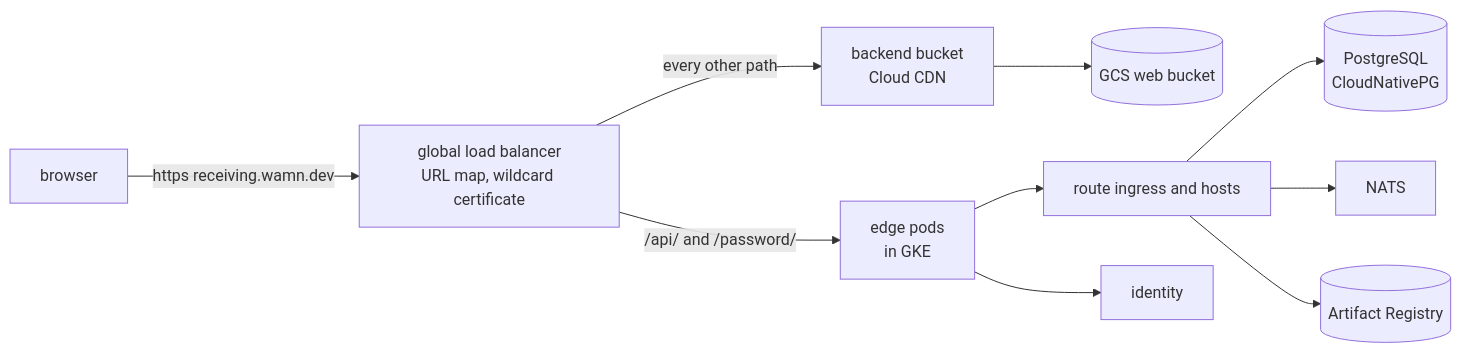
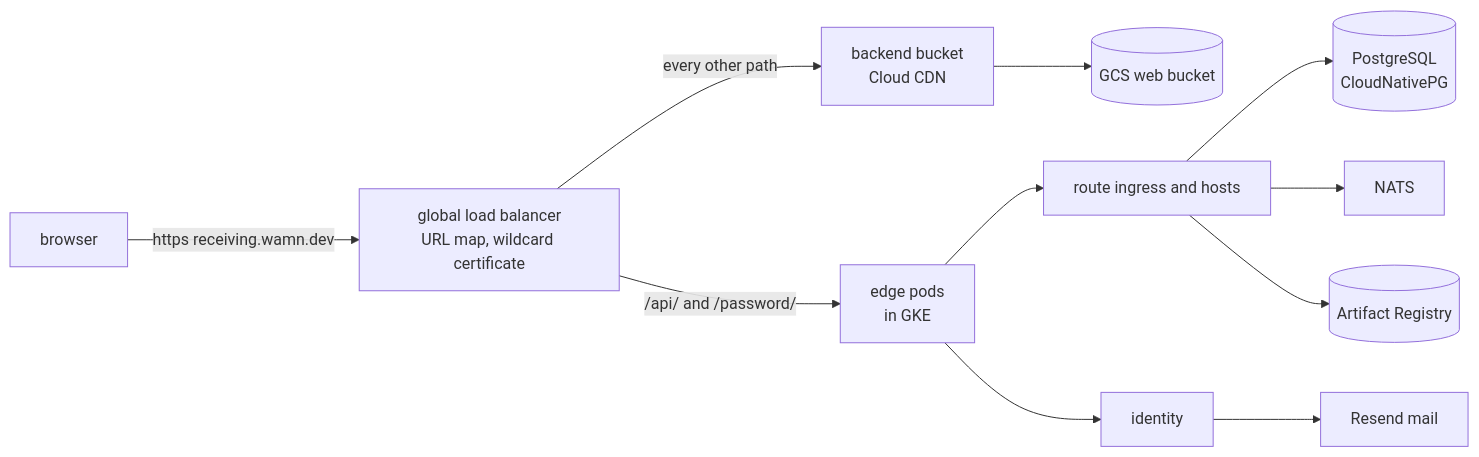
One commit to dkkloimwieder/wamn changed the diagram in docs/plan/gcp-deployment.md. Above: the diagram before and after it, drawn with Mermaid. The commit also changed other lines of this file and 1 other file, not shown here.

Commit message:
docs(wamn-ghx2): Google Cloud plan after owner review: us-central1, one Spot mode, quotas and a guard, gcloud for the load balancer, Resend mail, a benchmark tier matrix

````diff
--- a/docs/plan/gcp-deployment.md
+++ b/docs/plan/gcp-deployment.md
@@ -35,12 +37,13 @@
 ```mermaid
 flowchart LR
   B[browser] -->|https receiving.wamn.dev| LB[global load balancer<br/>URL map, wildcard certificate]
   LB -->|/api/ and /password/| E[edge pods<br/>in GKE]
   LB -->|every other path| BB[backend bucket<br/>Cloud CDN]
   BB --> GCS[(GCS web bucket)]
   E --> R[route ingress and hosts]
   E --> I[identity]
+  I --> M[Resend mail]
   R --> PG[(PostgreSQL<br/>CloudNativePG)]
   R --> N[NATS]
   R --> AR[(Artifact Registry)]
 ```
````
